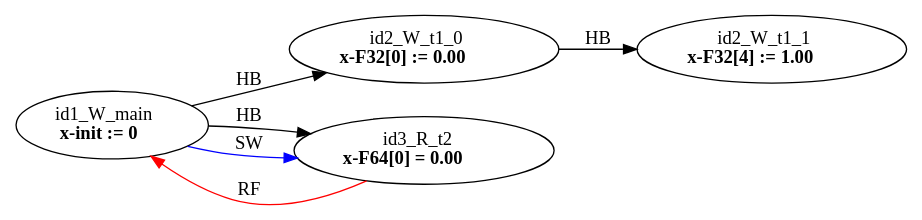
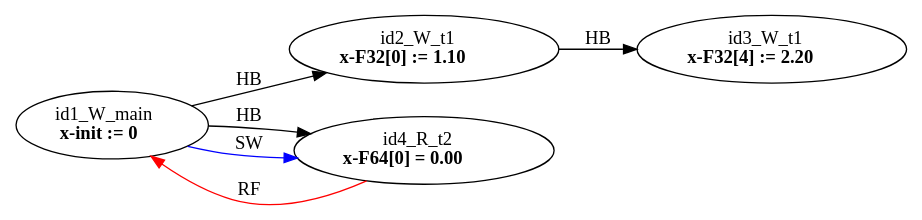
The diagram in examples/single_var/sv_simple10/mm1.dot (FMJS/EMME), drawn with Graphviz before and after one commit. The commit also changed 115 other files, not shown here.

```diff
--- a/examples/single_var/sv_simple10/mm1.dot
+++ b/examples/single_var/sv_simple10/mm1.dot
@@ -1,13 +1,13 @@
 digraph memory_model {
 rankdir=LR;
 splines=true; esep=0.5;
-id2_W_t1_0 -> id2_W_t1_1 [label = "HB", color="black"];
-id1_W_main -> id2_W_t1_0 [label = "HB", color="black"];
-id1_W_main -> id3_R_t2 [label = "HB", color="black"];
-id3_R_t2 -> id1_W_main [label = "RF", color="red"];
-id1_W_main -> id3_R_t2 [label = "SW", color="blue"];
+id2_W_t1 -> id3_W_t1 [label = "HB", color="black"];
+id1_W_main -> id2_W_t1 [label = "HB", color="black"];
+id1_W_main -> id4_R_t2 [label = "HB", color="black"];
+id4_R_t2 -> id1_W_main [label = "RF", color="red"];
+id1_W_main -> id4_R_t2 [label = "SW", color="blue"];
 id1_W_main [label=<id1_W_main<br/><B>x-init := 0</B>>, pos="2.5,4!"]
-id2_W_t1_0 [label=<id2_W_t1_0<br/><B>x-F32[0] := 0.00</B>>, pos="0,2!"]
-id2_W_t1_1 [label=<id2_W_t1_1<br/><B>x-F32[4] := 1.00</B>>, pos="0,0!"]
-id3_R_t2 [label=<id3_R_t2<br/><B>x-F64[0] = 0.00</B>>, pos="5,2!"]
+id2_W_t1 [label=<id2_W_t1<br/><B>x-F32[0] := 1.10</B>>, pos="0,2!"]
+id3_W_t1 [label=<id3_W_t1<br/><B>x-F32[4] := 2.20</B>>, pos="0,0!"]
+id4_R_t2 [label=<id4_R_t2<br/><B>x-F64[0] = 0.00</B>>, pos="5,2!"]
 }
```
